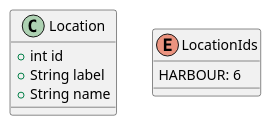
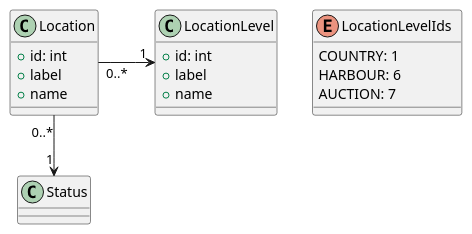
The diagram in model/referential/location.puml (sumaris-net/sumaris-doc), drawn with PlantUML before and after one commit. The commit also changed 12 other files, not shown here.

Commit message:
[enh] Model: Add data class diagrams in english

```diff
--- a/model/referential/location.puml
+++ b/model/referential/location.puml
@@ -1,12 +1,24 @@
 @startuml
 
 class Location {
-    +int id
-    +String label
-    +String name
+    +id: int
+    +label
+    +name
 }
 
-enum LocationIds{
+class LocationLevel
+{
+    +id: int
+    +label
+    +name
+}
+
+Location "0..*" -right-> "1" LocationLevel: "      "
+Location "0..*" --> "1" Status
+
+enum "LocationLevelIds  " {
+    COUNTRY: 1
     HARBOUR: 6
+    AUCTION: 7
 }
 @enduml
```
